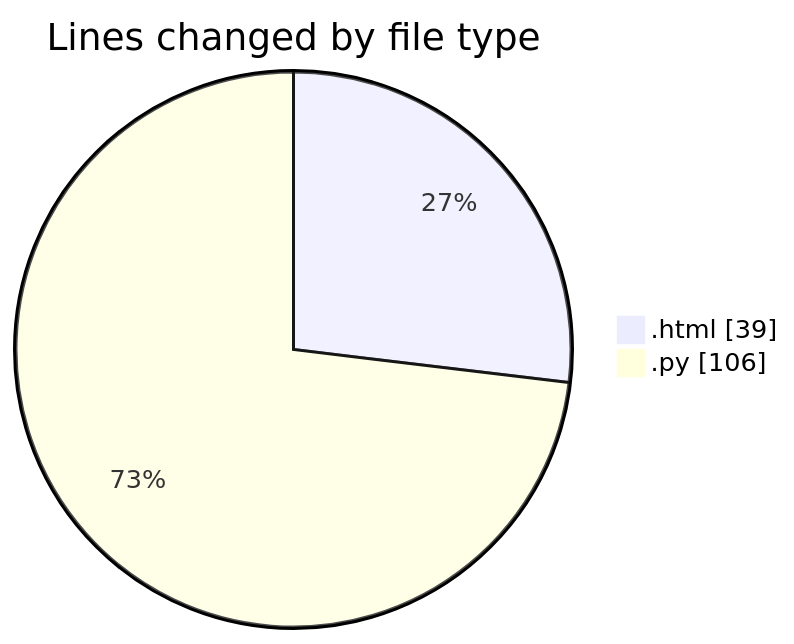
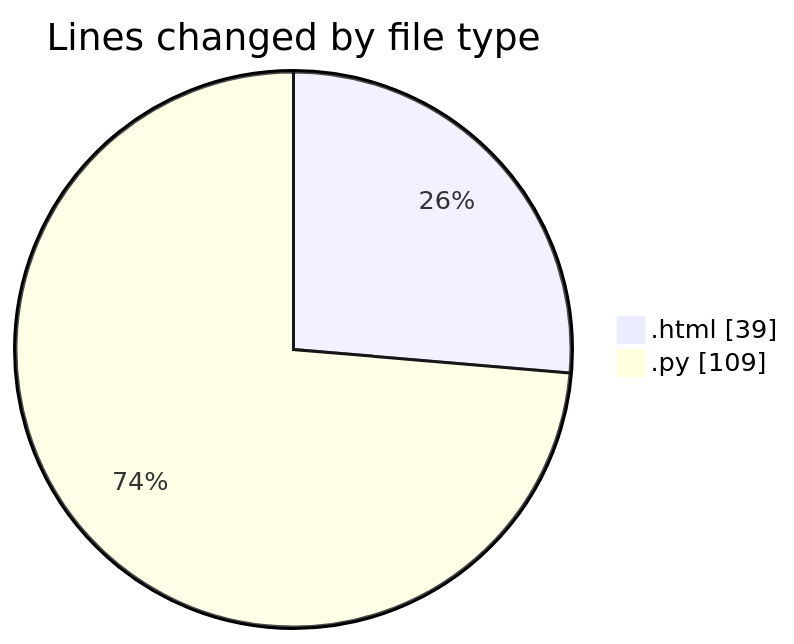
Before and after one commit to Ritupan-Deka/code-tracking: the first of 2 diagrams in 2025-06-22/___base/README.md, drawn with Mermaid. The commit also changed other lines of this file and 1 other file, not shown here.

````diff
--- a/2025-06-22/___base/README.md
+++ b/2025-06-22/___base/README.md
@@ -21,6 +21,6 @@
 ```mermaid
 pie showData
 title Lines changed by file type
 ".html" : 39
-".py" : 106
+".py" : 109
 ```
````
